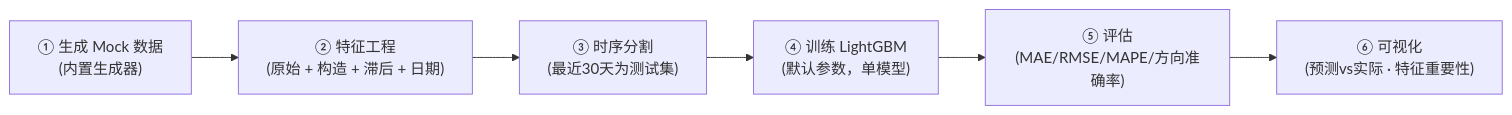
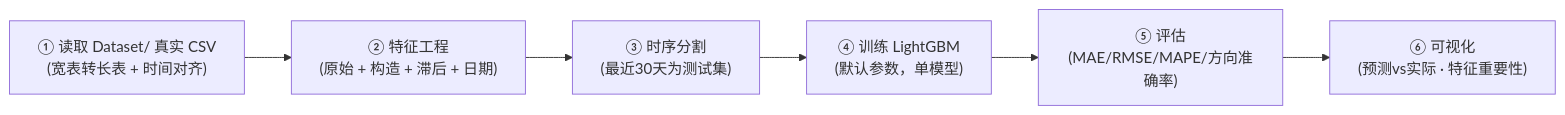
Before and after one commit to JackyZYz/electricity-price-prediction-lgbm: the diagram in 原型架构设计_纯LGBM快速验证.md, drawn with Mermaid. The commit also changed other lines of this file and 85 other files, not shown here.

````diff
--- a/原型架构设计_纯LGBM快速验证.md
+++ b/原型架构设计_纯LGBM快速验证.md
@@ -29,8 +29,8 @@
 ```mermaid
 flowchart LR
-    gen["① 生成 Mock 数据<br/>(内置生成器)"] --> feat["② 特征工程<br/>(原始 + 构造 + 滞后 + 日期)"]
+    read["① 读取 Dataset/ 真实 CSV<br/>(宽表转长表 + 时间对齐)"] --> feat["② 特征工程<br/>(原始 + 构造 + 滞后 + 日期)"]
     feat --> split["③ 时序分割<br/>(最近30天为测试集)"]
     split --> train["④ 训练 LightGBM<br/>(默认参数，单模型)"]
     train --> eval["⑤ 评估<br/>(MAE/RMSE/MAPE/方向准确率)"]
     eval --> vis["⑥ 可视化<br/>(预测vs实际 · 特征重要性)"]
 ```
````
